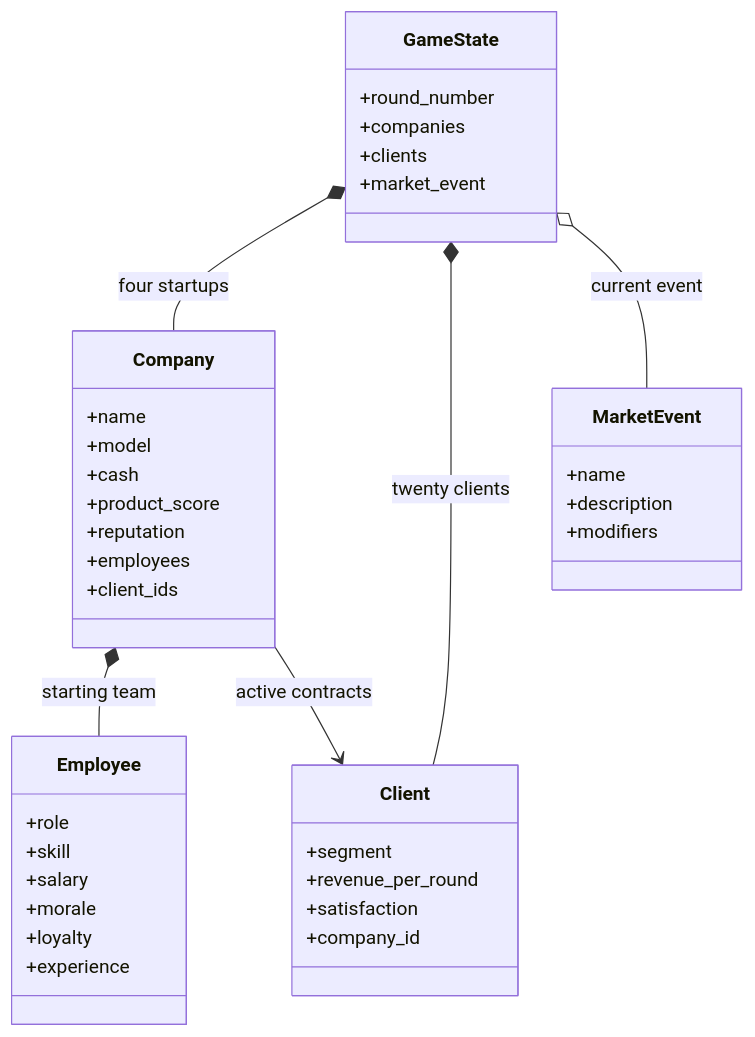
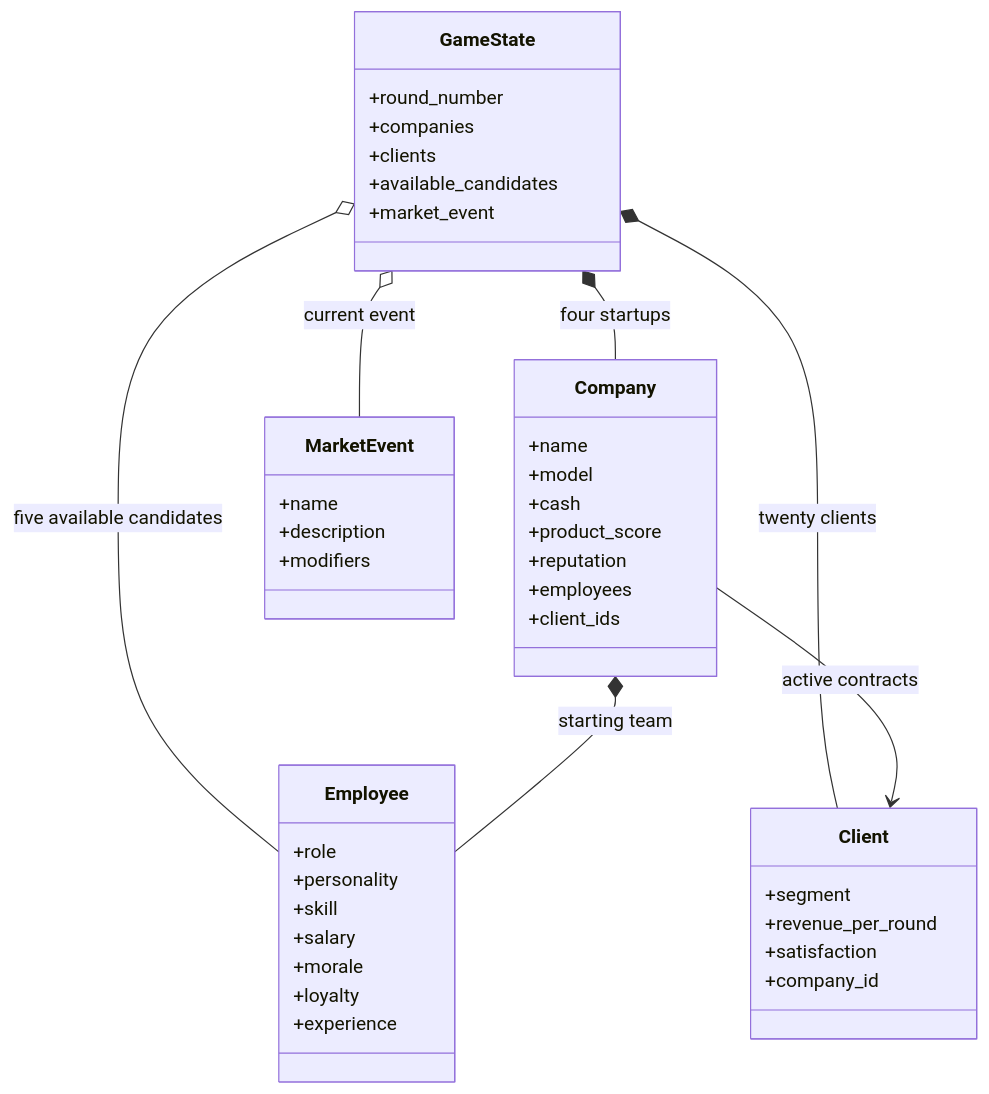
One commit to atugurlan/llm-startup-arena changed the fourth of 4 diagrams in README.md. Above: the diagram before and after it, drawn with Mermaid. The commit also changed other lines of this file and 5 other files, not shown here.

Commit message:
Add employee personalities and external candidates

````diff
--- a/README.md
+++ b/README.md
@@ -252,49 +273,52 @@
 ```mermaid
 classDiagram
     direction TB
 
     class GameState {
         +round_number
         +companies
         +clients
+        +available_candidates
         +market_event
     }
 
     class Company {
         +name
         +model
         +cash
         +product_score
         +reputation
         +employees
         +client_ids
     }
 
     class Employee {
         +role
+        +personality
         +skill
         +salary
         +morale
         +loyalty
         +experience
     }
 
     class Client {
         +segment
         +revenue_per_round
         +satisfaction
         +company_id
     }
 
     class MarketEvent {
         +name
         +description
         +modifiers
     }
 
     GameState *-- Company : four startups
     GameState *-- Client : twenty clients
+    GameState o-- Employee : five available candidates
     GameState o-- MarketEvent : current event
     Company *-- Employee : starting team
     Company --> Client : active contracts
 ```
````
